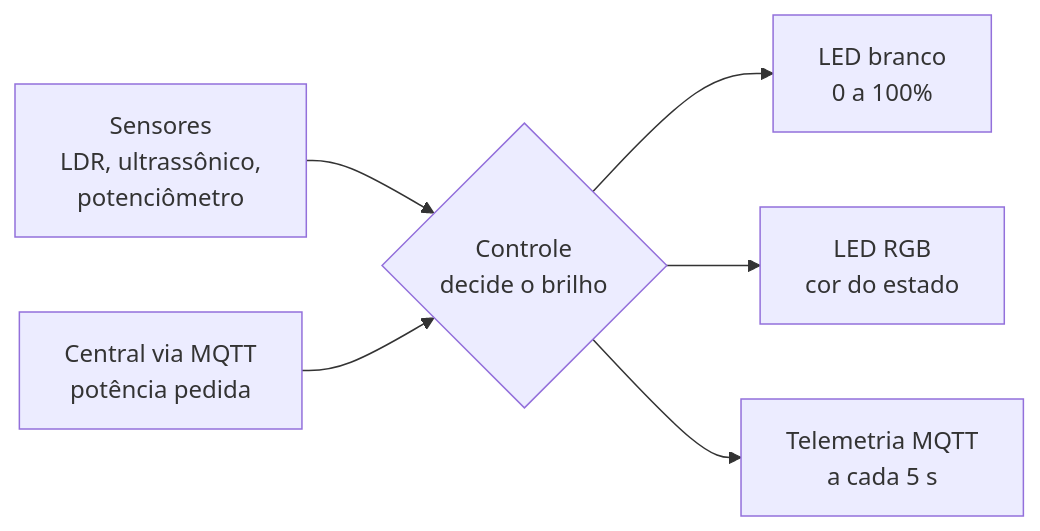
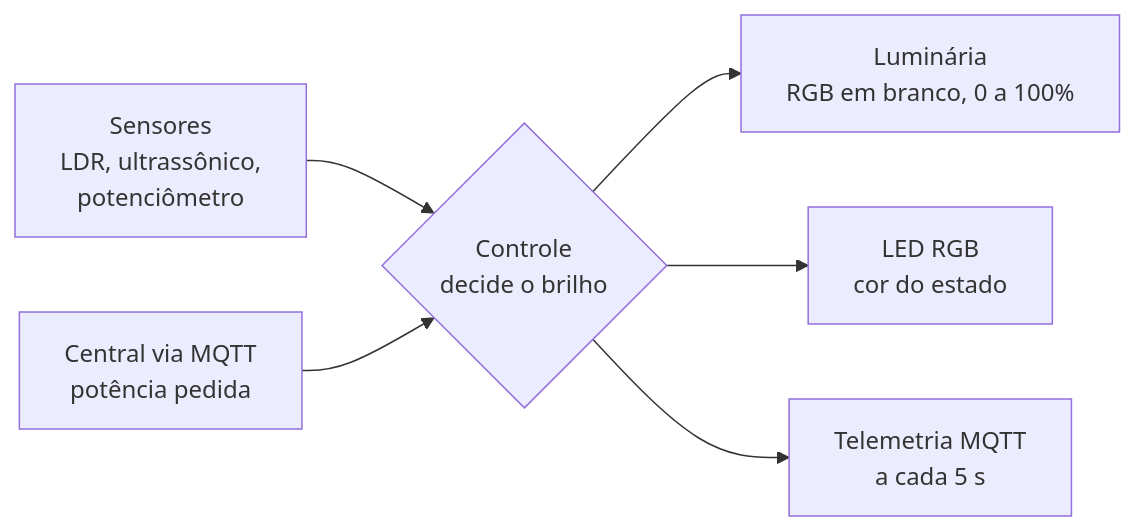
The first of 2 diagrams in README.md (antoniolaprov/g17-iluminacao-inteligente), drawn with Mermaid before and after one commit. The commit also changed other lines of this file and 3 other files, not shown here.

First line of the commit message:
Luminária passa a ser um LED RGB aceso em branco (v2.5)

````diff
--- a/README.md
+++ b/README.md
@@ -54,8 +54,8 @@
 ```mermaid
 flowchart LR
     S[Sensores<br/>LDR, ultrassônico,<br/>potenciômetro] --> C{Controle<br/>decide o brilho}
     R[Central via MQTT<br/>potência pedida] --> C
-    C --> L[LED branco<br/>0 a 100%]
+    C --> L[Luminária<br/>RGB em branco, 0 a 100%]
     C --> RGB[LED RGB<br/>cor do estado]
     C --> T[Telemetria MQTT<br/>a cada 5 s]
 ```
````
